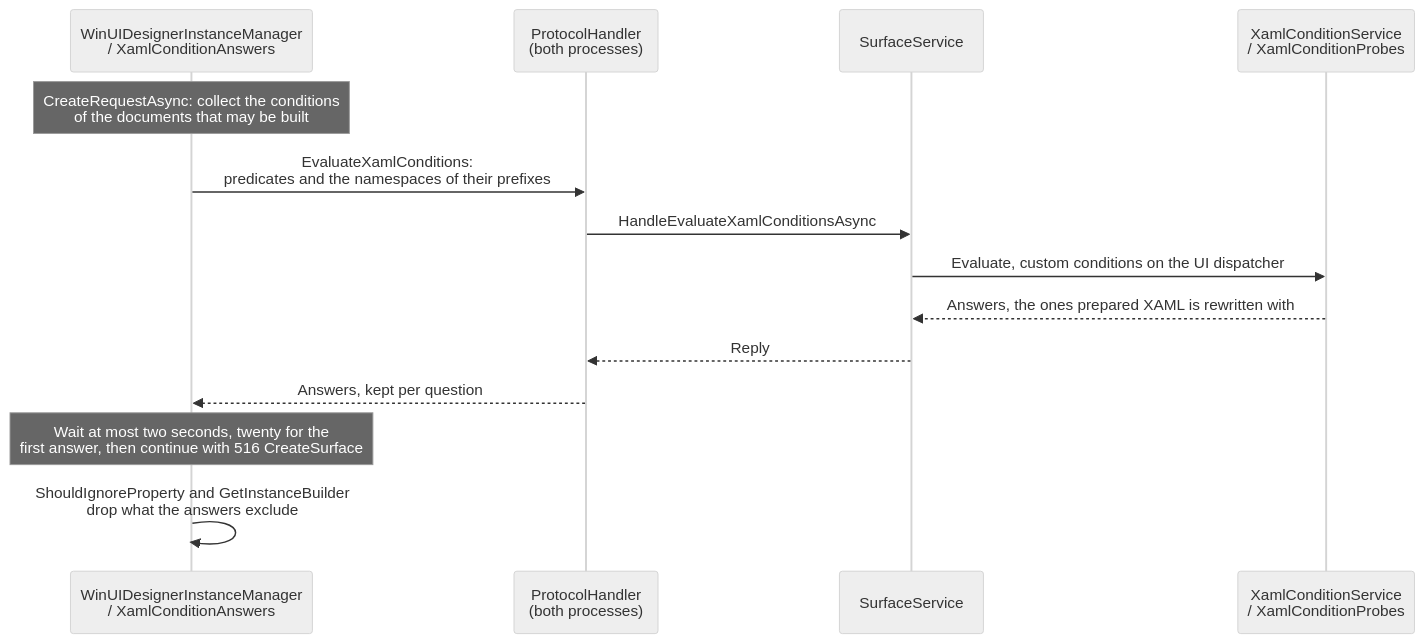
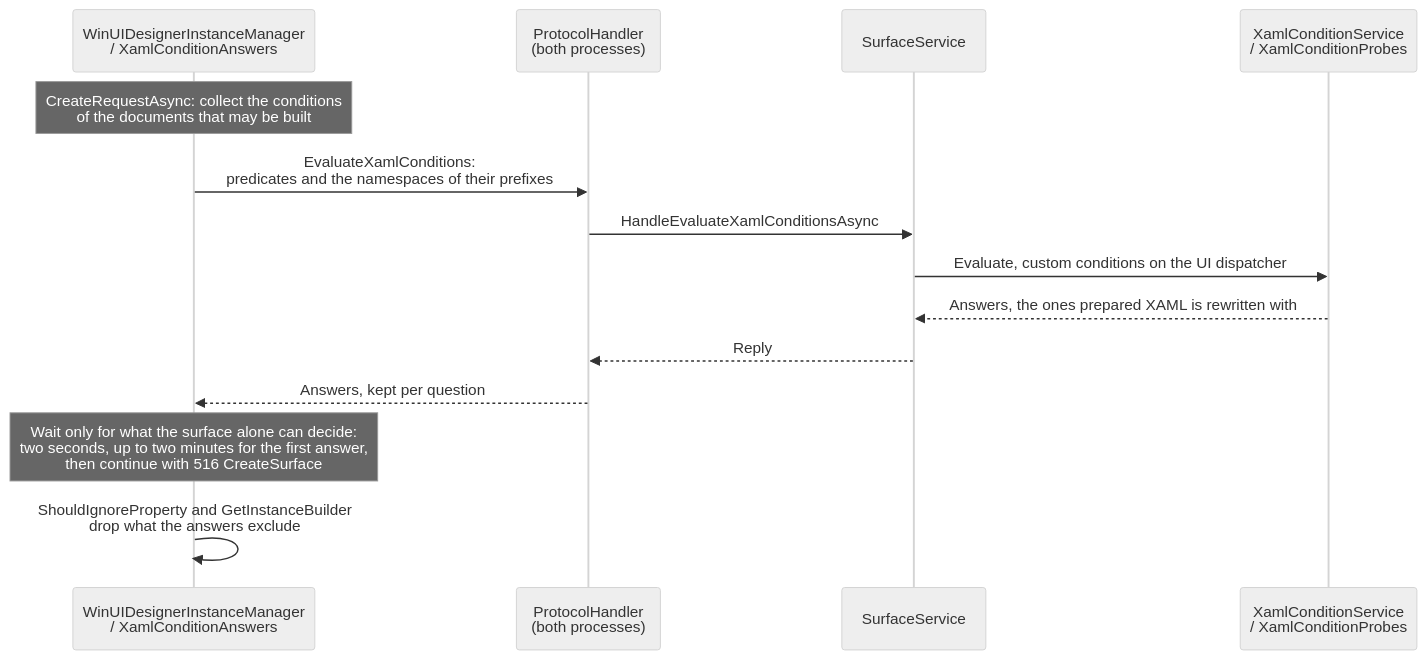
One commit to xperiandri/WinUIDesigner changed the second of 5 diagrams in docs/winui-designer.md. Above: the diagram before and after it, drawn with Mermaid (neutral theme). The commit also changed other lines of this file and 6 other files, not shown here.

````diff
--- a/docs/winui-designer.md
+++ b/docs/winui-designer.md
@@ -210,16 +210,16 @@
 ```mermaid
 sequenceDiagram
     participant Manager as WinUIDesignerInstanceManager<br/>/ XamlConditionAnswers
     participant Protocol as ProtocolHandler<br/>(both processes)
     participant Service as SurfaceService
     participant Conditions as XamlConditionService<br/>/ XamlConditionProbes
     Note over Manager: CreateRequestAsync: collect the conditions<br/>of the documents that may be built
     Manager->>Protocol: EvaluateXamlConditions:<br/>predicates and the namespaces of their prefixes
     Protocol->>Service: HandleEvaluateXamlConditionsAsync
     Service->>Conditions: Evaluate, custom conditions on the UI dispatcher
     Conditions-->>Service: Answers, the ones prepared XAML is rewritten with
     Service-->>Protocol: Reply
     Protocol-->>Manager: Answers, kept per question
-    Note over Manager: Wait at most two seconds, twenty for the<br/>first answer, then continue with 516 CreateSurface
+    Note over Manager: Wait only for what the surface alone can decide:<br/>two seconds, up to two minutes for the first answer,<br/>then continue with 516 CreateSurface
     Manager->>Manager: ShouldIgnoreProperty and GetInstanceBuilder<br/>drop what the answers exclude
 ```
````
